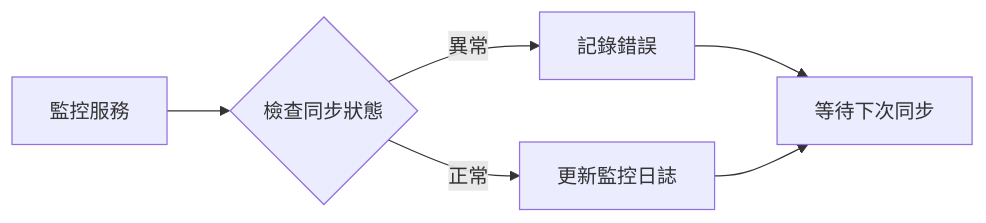
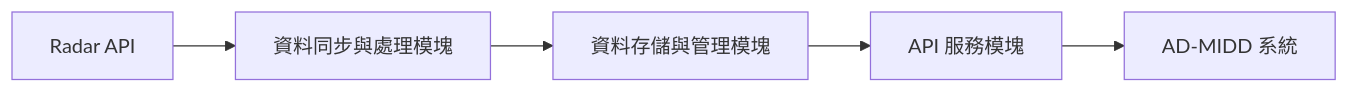
Before and after one commit to jeffchang001/ee-midd: the seventh of 9 diagrams in docs/system_analysis.md, drawn with Mermaid. The commit also changed other lines of this file and 1 other file, not shown here.

Commit message:
移除 BpmApi.pdf 文件，並更新 system_analysis.md 文件，將內容進行重組與擴充，新增專案背景、參考文件、術語與縮寫說明等章節，並詳細描述 SOGO 員工中台系統的需求分析與功能規格，提升文件的完整性與可讀性。

````diff
--- a/docs/system_analysis.md
+++ b/docs/system_analysis.md
@@ -482,8 +1718,7 @@
 ```mermaid
-graph LR
-    A[監控服務] --> B{檢查同步狀態}
-    B -->|正常| C[更新監控日誌]
-    B -->|異常| D[記錄錯誤]
-    D --> E[等待下次同步]
-    C --> E
+flowchart LR
+    A[Radar API] --> B[資料同步與處理模塊]
+    B --> C[資料存儲與管理模塊]
+    C --> D[API 服務模塊]
+    D --> E[AD-MIDD 系統]
 ```
````
